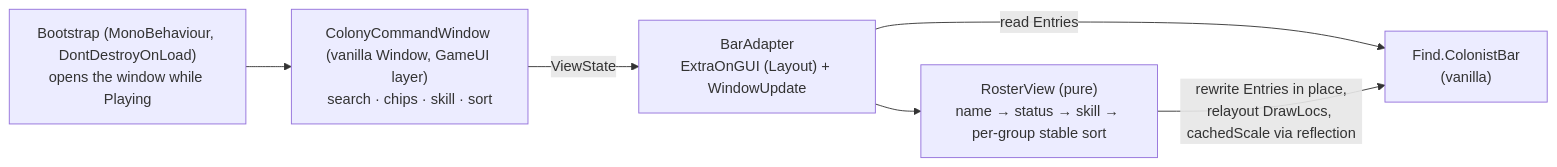
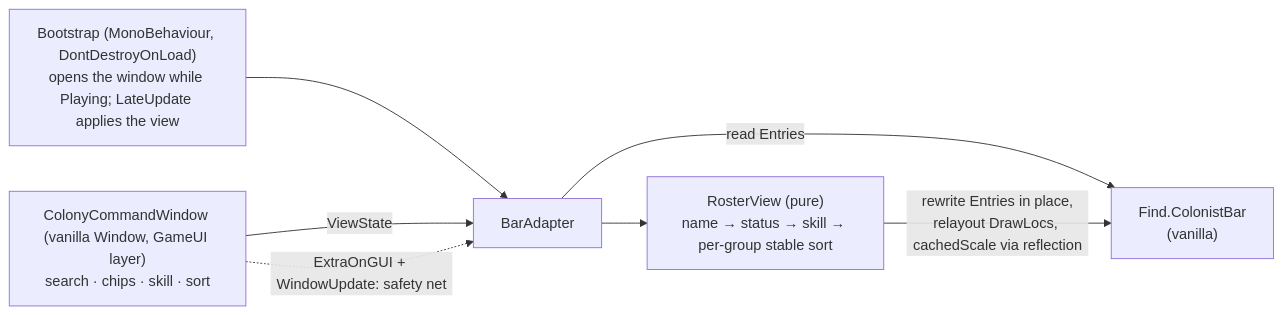
One commit to jtj9817/ColonyCommand changed the diagram in AGENTS.md. Above: the diagram before and after it, drawn with Mermaid. The commit also changed other lines of this file and 3 other files, not shown here.

````diff
--- a/AGENTS.md
+++ b/AGENTS.md
@@ -26,8 +26,9 @@
 ```mermaid
 flowchart LR
-    boot["Bootstrap (MonoBehaviour, DontDestroyOnLoad)<br/>opens the window while Playing"] --> win
+    boot["Bootstrap (MonoBehaviour, DontDestroyOnLoad)<br/>opens the window while Playing; LateUpdate applies the view"] --> adapter
     win["ColonyCommandWindow (vanilla Window, GameUI layer)<br/>search · chips · skill · sort"] -->|ViewState| adapter
-    adapter["BarAdapter<br/>ExtraOnGUI (Layout) + WindowUpdate"] -->|read Entries| bar["Find.ColonistBar<br/>(vanilla)"]
+    win -.->|ExtraOnGUI + WindowUpdate: safety net| adapter
+    adapter["BarAdapter"] -->|read Entries| bar["Find.ColonistBar<br/>(vanilla)"]
     adapter --> view["RosterView (pure)<br/>name → status → skill → per-group stable sort"]
     view -->|rewrite Entries in place,<br/>relayout DrawLocs, cachedScale via reflection| bar
 ```
````
